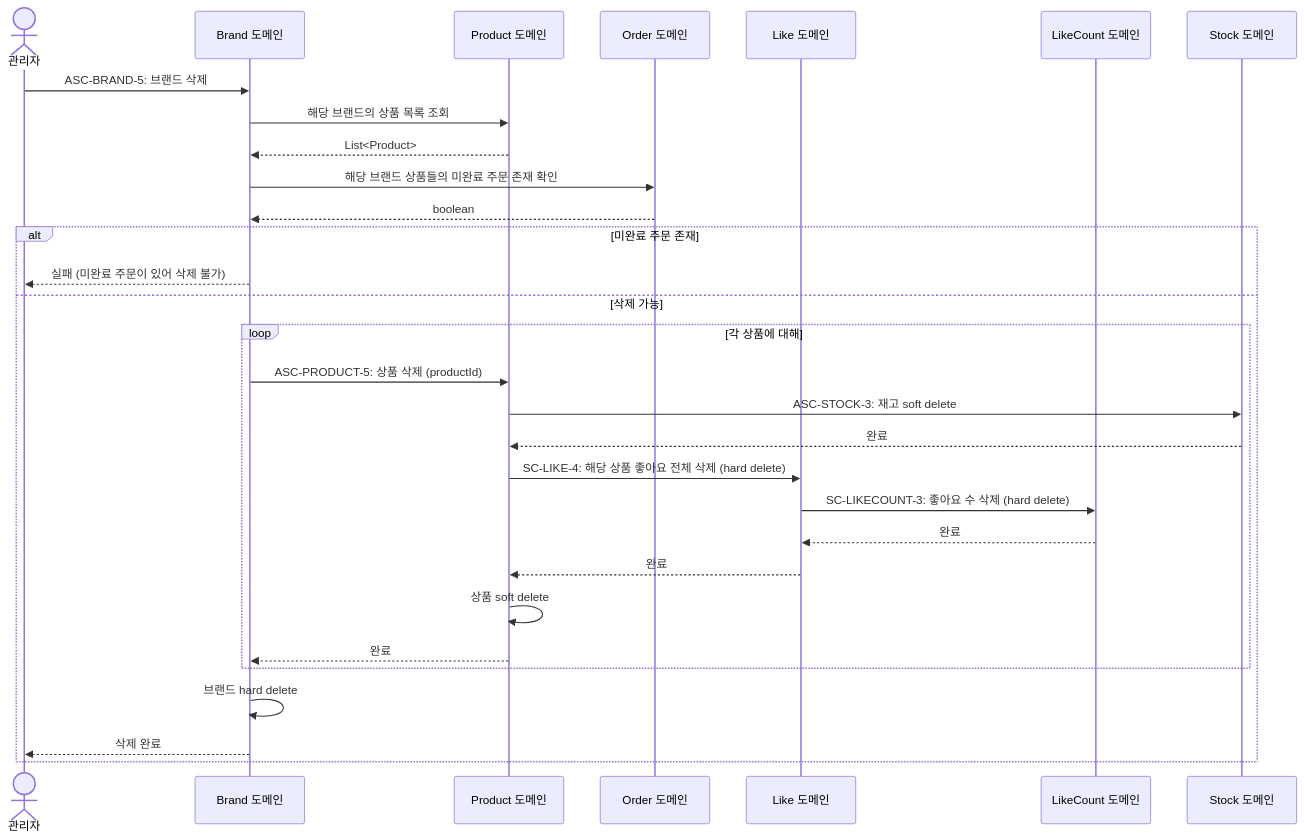
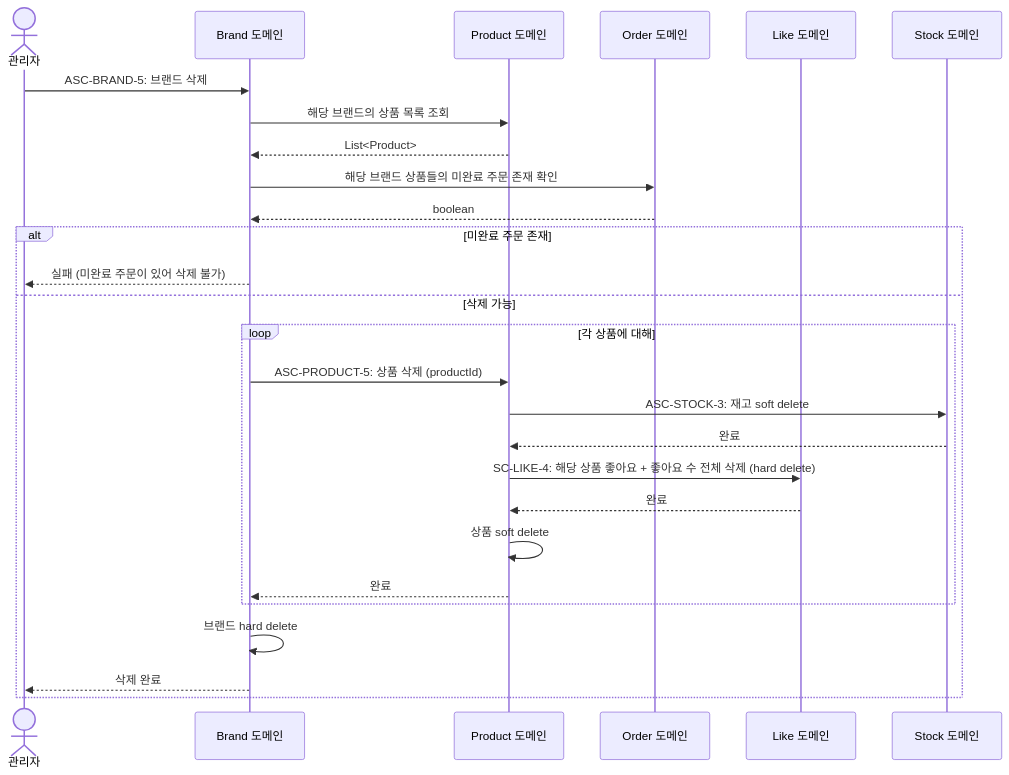
Before and after one commit to loopers-labs/loop-pack-be-l2-vol4-kotlin: the first of 38 diagrams in docs/02-sequence-diagrams.md, drawn with Mermaid. The commit also changed other lines of this file and 3 other files, not shown here.

````diff
--- a/docs/02-sequence-diagrams.md
+++ b/docs/02-sequence-diagrams.md
@@ -7,36 +7,33 @@
 ```mermaid
 sequenceDiagram
     actor Admin as 관리자
     participant Brand as Brand 도메인
     participant Product as Product 도메인
     participant Order as Order 도메인
     participant Like as Like 도메인
-    participant LikeCount as LikeCount 도메인
     participant Stock as Stock 도메인
 
     Admin->>Brand: ASC-BRAND-5: 브랜드 삭제
     Brand->>Product: 해당 브랜드의 상품 목록 조회
     Product-->>Brand: List<Product>
 
     Brand->>Order: 해당 브랜드 상품들의 미완료 주문 존재 확인
     Order-->>Brand: boolean
 
     alt 미완료 주문 존재
         Brand-->>Admin: 실패 (미완료 주문이 있어 삭제 불가)
     else 삭제 가능
         loop 각 상품에 대해
             Brand->>Product: ASC-PRODUCT-5: 상품 삭제 (productId)
             Product->>Stock: ASC-STOCK-3: 재고 soft delete
             Stock-->>Product: 완료
-            Product->>Like: SC-LIKE-4: 해당 상품 좋아요 전체 삭제 (hard delete)
-            Like->>LikeCount: SC-LIKECOUNT-3: 좋아요 수 삭제 (hard delete)
-            LikeCount-->>Like: 완료
+            Product->>Like: SC-LIKE-4: 해당 상품 좋아요 + 좋아요 수 전체 삭제 (hard delete)
             Like-->>Product: 완료
             Product->>Product: 상품 soft delete
             Product-->>Brand: 완료
         end
 
         Brand->>Brand: 브랜드 hard delete
         Brand-->>Admin: 삭제 완료
     end
 ```
````
